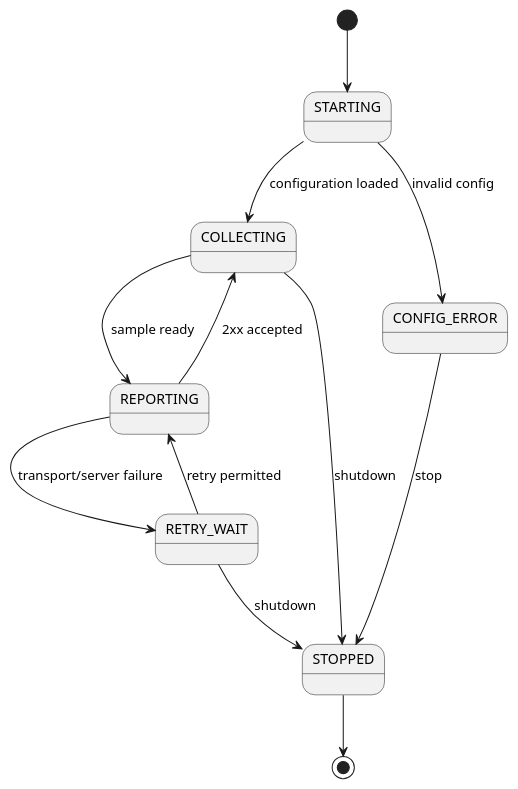
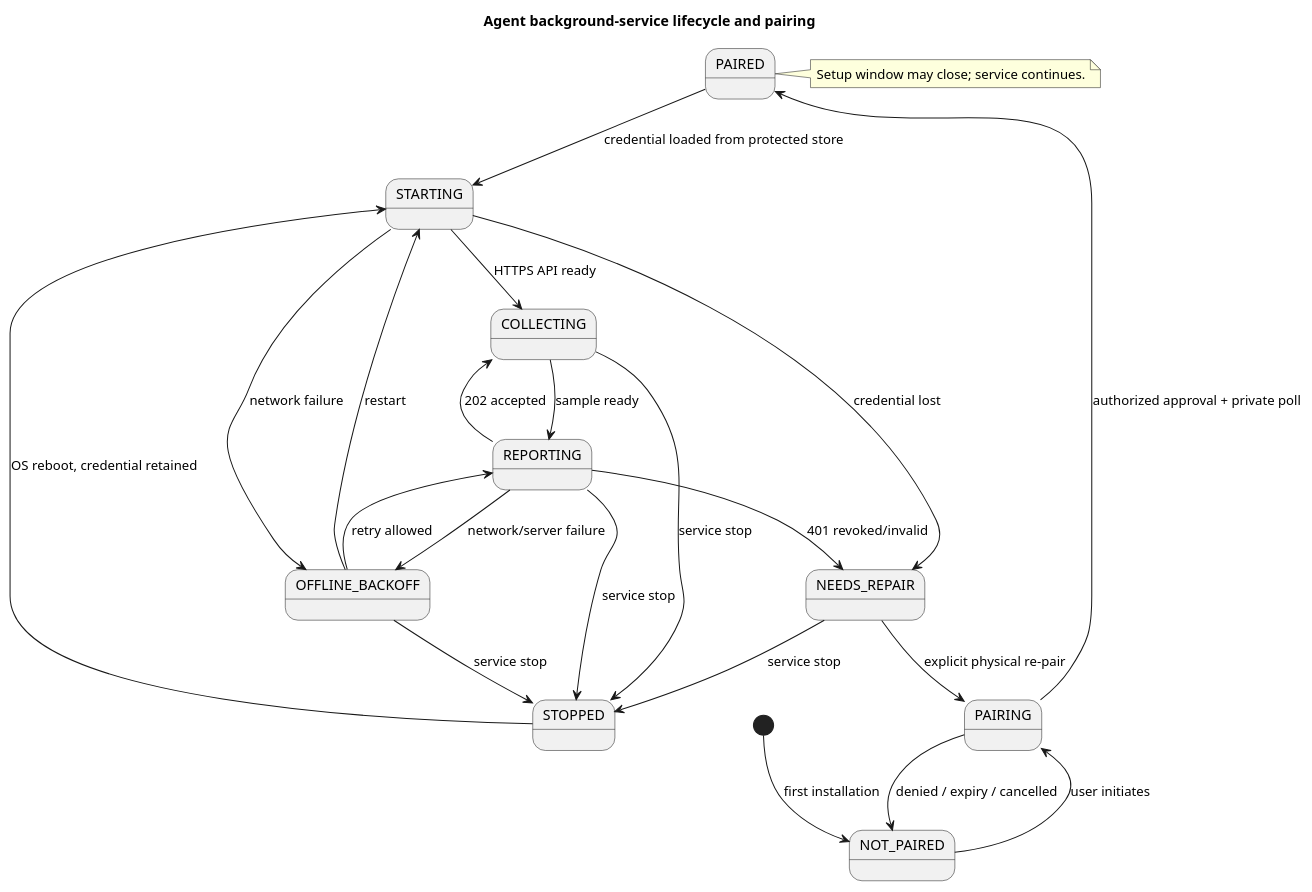
Before and after one commit to Adam-BArbia/fleetluma: the diagram in docs/uml/plantuml/17_state_agent.puml, drawn with PlantUML.

Commit message:
docs(FL-31): align 17_state_agent.puml with pairing v0.1

```diff
--- a/docs/uml/plantuml/17_state_agent.puml
+++ b/docs/uml/plantuml/17_state_agent.puml
@@ -1,13 +1,24 @@
 @startuml 17_state_agent
-[*] --> STARTING
-STARTING --> COLLECTING : configuration loaded
-STARTING --> CONFIG_ERROR : invalid config
+title Agent background-service lifecycle and pairing
+[*] --> NOT_PAIRED : first installation
+NOT_PAIRED --> PAIRING : user initiates
+PAIRING --> PAIRED : authorized approval + private poll
+PAIRING --> NOT_PAIRED : denied / expiry / cancelled
+PAIRED --> STARTING : credential loaded from protected store
+STARTING --> COLLECTING : HTTPS API ready
+STARTING --> OFFLINE_BACKOFF : network failure
 COLLECTING --> REPORTING : sample ready
-REPORTING --> COLLECTING : 2xx accepted
-REPORTING --> RETRY_WAIT : transport/server failure
-RETRY_WAIT --> REPORTING : retry permitted
-COLLECTING --> STOPPED : shutdown
-RETRY_WAIT --> STOPPED : shutdown
-CONFIG_ERROR --> STOPPED : stop
-STOPPED --> [*]
+REPORTING --> COLLECTING : 202 accepted
+REPORTING --> OFFLINE_BACKOFF : network/server failure
+OFFLINE_BACKOFF --> REPORTING : retry allowed
+OFFLINE_BACKOFF --> STARTING : restart
+REPORTING --> NEEDS_REPAIR : 401 revoked/invalid
+STARTING --> NEEDS_REPAIR : credential lost
+NEEDS_REPAIR --> PAIRING : explicit physical re-pair
+COLLECTING --> STOPPED : service stop
+REPORTING --> STOPPED : service stop
+OFFLINE_BACKOFF --> STOPPED : service stop
+NEEDS_REPAIR --> STOPPED : service stop
+STOPPED --> STARTING : OS reboot, credential retained
+note right of PAIRED : Setup window may close; service continues.
 @enduml
```
